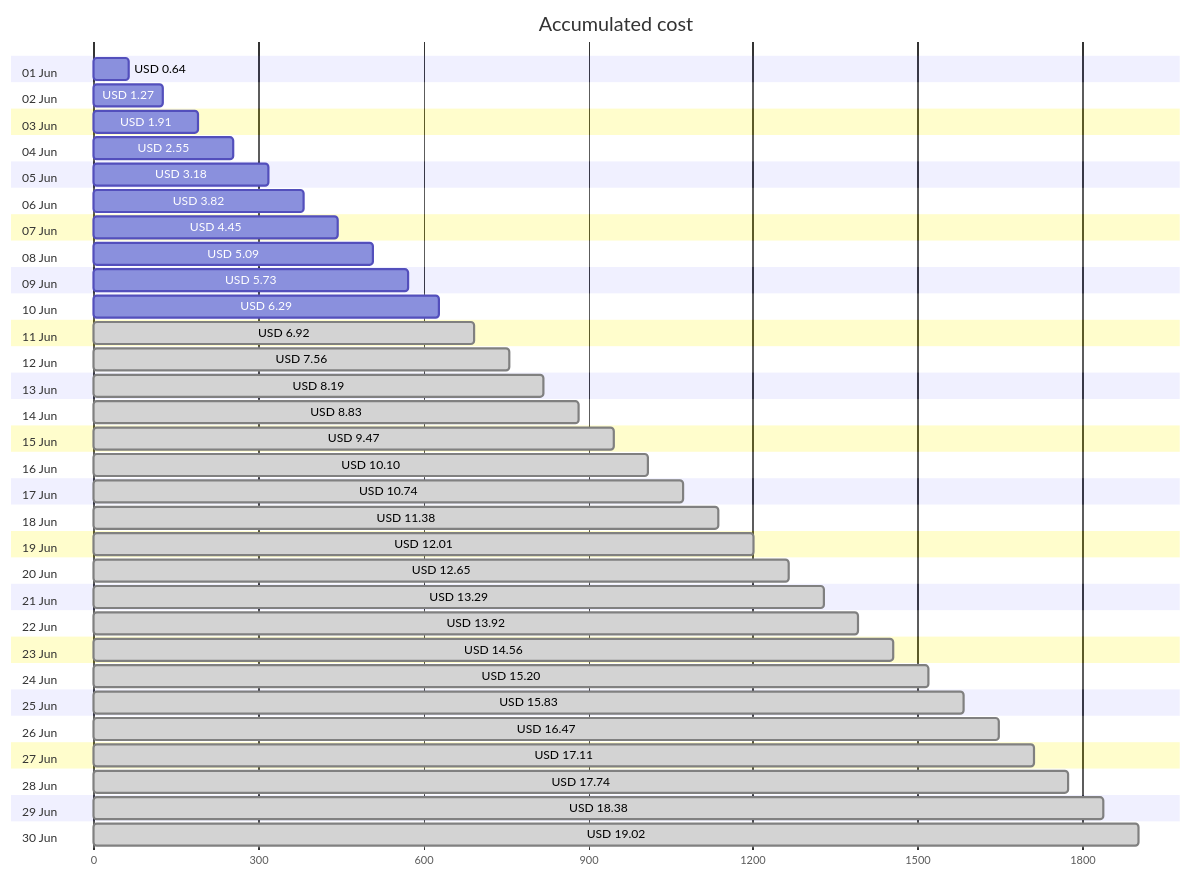
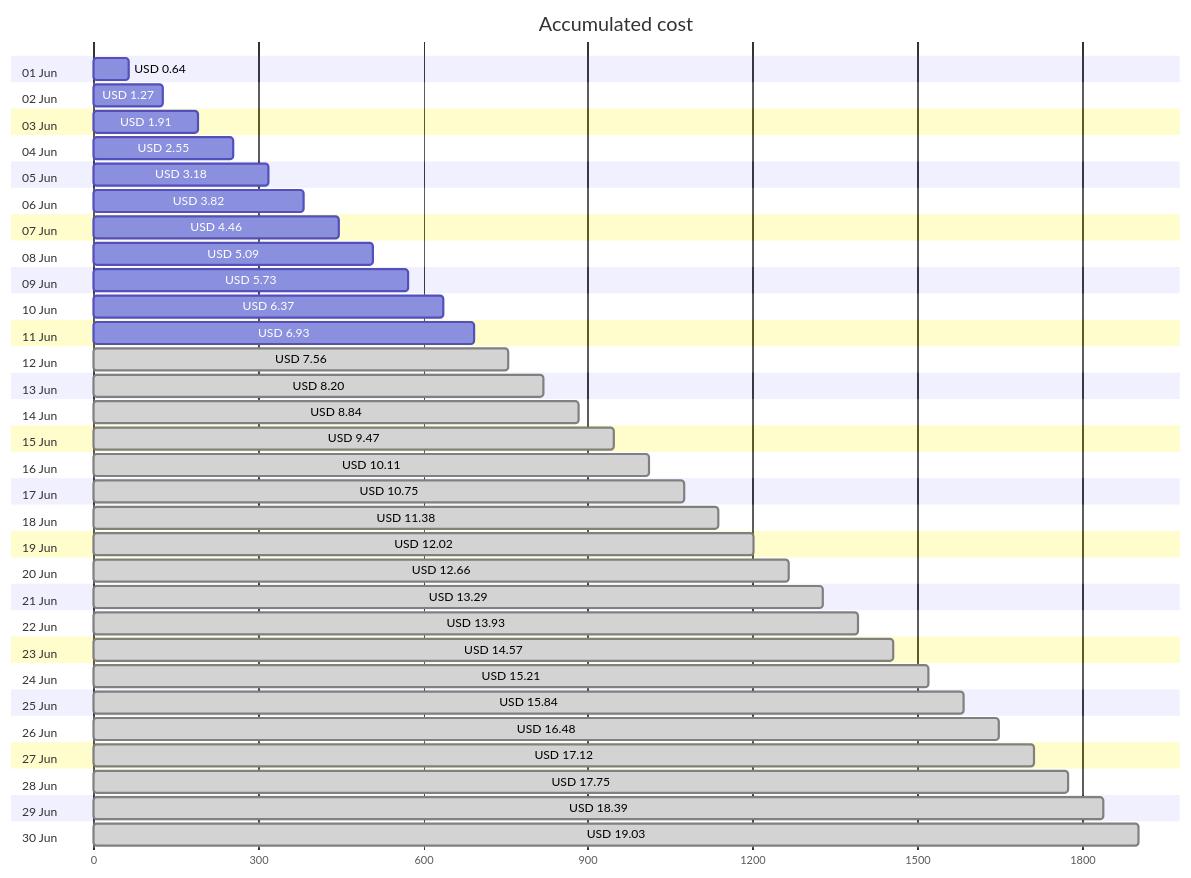
The first of 4 diagrams in cost-reports/accumulated-cost.md (jpfulton/azure-personal-reports), drawn with Mermaid before and after one commit. The commit also changed other lines of this file and 4 other files, not shown here.

````diff
--- a/cost-reports/accumulated-cost.md
+++ b/cost-reports/accumulated-cost.md
@@ -20,66 +20,66 @@
 ```mermaid
 gantt
    title Accumulated cost
    dateFormat  X
    axisFormat %s
    section 01 Jun
    USD 0.64 :0, 64
    section 02 Jun
    USD 1.27 :0, 127
    section 03 Jun
    USD 1.91 :0, 191
    section 04 Jun
    USD 2.55 :0, 255
    section 05 Jun
    USD 3.18 :0, 318
    section 06 Jun
    USD 3.82 :0, 382
    section 07 Jun
-   USD 4.45 :0, 445
+   USD 4.46 :0, 446
    section 08 Jun
    USD 5.09 :0, 509
    section 09 Jun
    USD 5.73 :0, 573
    section 10 Jun
-   USD 6.29 :0, 629
+   USD 6.37 :0, 637
    section 11 Jun
-   USD 6.92 : done, 0, 692
+   USD 6.93 :0, 693
    section 12 Jun
    USD 7.56 : done, 0, 756
    section 13 Jun
-   USD 8.19 : done, 0, 819
+   USD 8.20 : done, 0, 820
    section 14 Jun
-   USD 8.83 : done, 0, 883
+   USD 8.84 : done, 0, 884
    section 15 Jun
    USD 9.47 : done, 0, 947
    section 16 Jun
-   USD 10.10 : done, 0, 1010
+   USD 10.11 : done, 0, 1011
    section 17 Jun
-   USD 10.74 : done, 0, 1074
+   USD 10.75 : done, 0, 1075
    section 18 Jun
    USD 11.38 : done, 0, 1138
    section 19 Jun
-   USD 12.01 : done, 0, 1201
+   USD 12.02 : done, 0, 1202
    section 20 Jun
-   USD 12.65 : done, 0, 1265
+   USD 12.66 : done, 0, 1266
    section 21 Jun
    USD 13.29 : done, 0, 1329
    section 22 Jun
-   USD 13.92 : done, 0, 1392
+   USD 13.93 : done, 0, 1393
    section 23 Jun
-   USD 14.56 : done, 0, 1456
+   USD 14.57 : done, 0, 1457
    section 24 Jun
-   USD 15.20 : done, 0, 1520
+   USD 15.21 : done, 0, 1521
    section 25 Jun
-   USD 15.83 : done, 0, 1583
+   USD 15.84 : done, 0, 1584
    section 26 Jun
-   USD 16.47 : done, 0, 1647
+   USD 16.48 : done, 0, 1648
    section 27 Jun
-   USD 17.11 : done, 0, 1711
+   USD 17.12 : done, 0, 1712
    section 28 Jun
-   USD 17.74 : done, 0, 1774
+   USD 17.75 : done, 0, 1775
    section 29 Jun
-   USD 18.38 : done, 0, 1838
+   USD 18.39 : done, 0, 1839
    section 30 Jun
-   USD 19.02 : done, 0, 1902
+   USD 19.03 : done, 0, 1903
 ```
````
